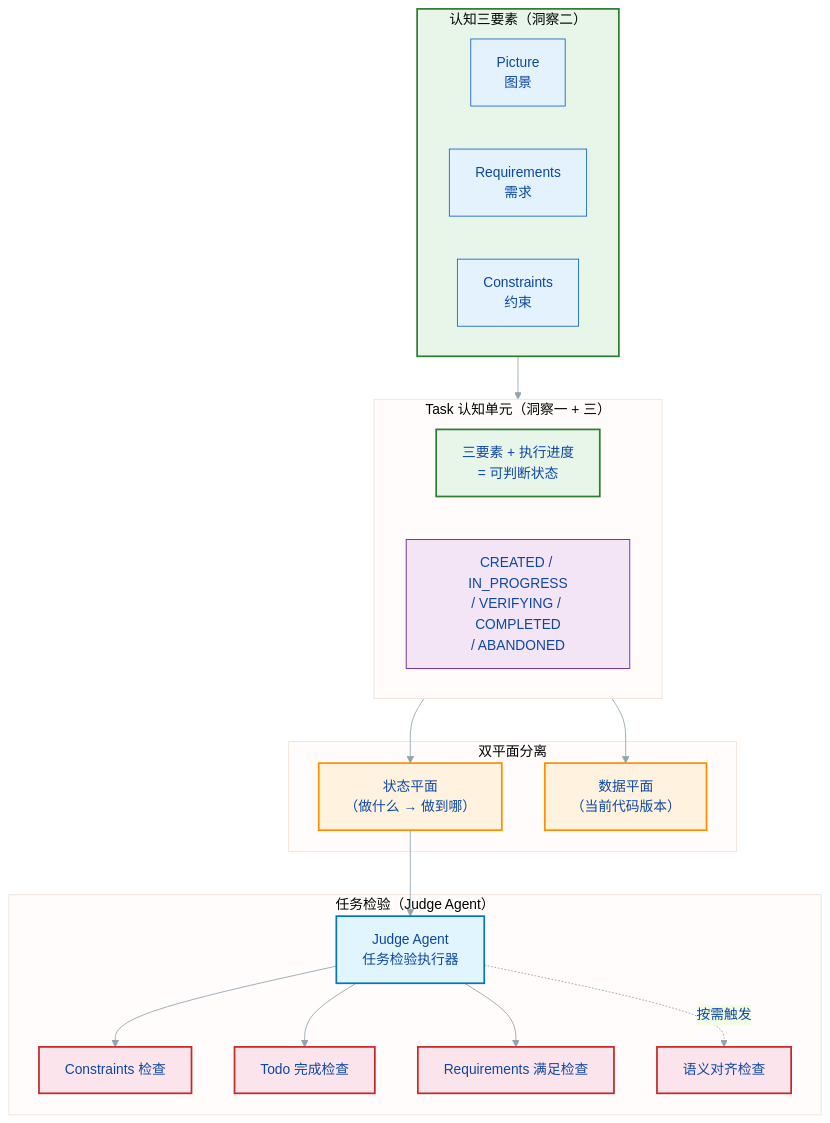
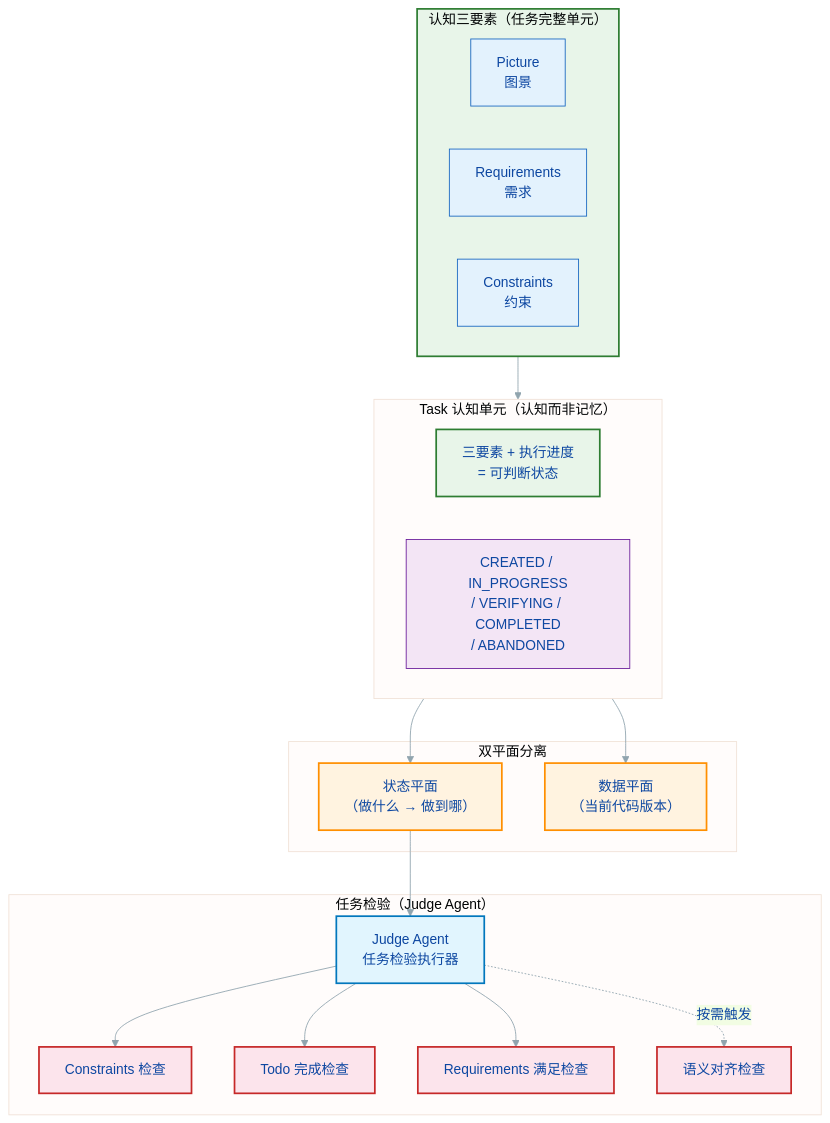
One commit to Lazyn0tBug/mem0ress changed the first of 7 diagrams in docs/spec.md. Above: the diagram before and after it, drawn with Mermaid. The commit also changed other lines of this file, not shown here.

Commit message:
docs(spec): revise Ch2 insights - 洞察一:上下文以目标为导向, 洞察二:任务是信息完整单元

````diff
--- a/docs/spec.md
+++ b/docs/spec.md
@@ -42,49 +42,49 @@
 ```mermaid
 %% label：核心解法总览
 %%{ init: { 'theme': 'base', 'themeVariables': { 'primaryColor': '#e3f2fd', 'primaryTextColor': '#0d47a1', 'primaryBorderColor': '#1565c0', 'lineColor': '#90a4ae', 'fontFamily': 'arial' } } }%%
 graph TB
-    subgraph PRC["认知三要素（洞察二）"]
+    subgraph PRC["认知三要素（任务完整单元）"]
         PIC["Picture\n图景"]
         REQ["Requirements\n需求"]
         CST["Constraints\n约束"]
     end
 
-    subgraph TASK["Task 认知单元（洞察一 + 三）"]
+    subgraph TASK["Task 认知单元（认知而非记忆）"]
         TR["三要素 + 执行进度\n= 可判断状态"]
         ST["CREATED / IN_PROGRESS\n/ VERIFYING / COMPLETED\n/ ABANDONED"]
     end
 
     subgraph DUAL["双平面分离"]
         SP["状态平面\n（做什么 → 做到哪）"]
         DP["数据平面\n（当前代码版本）"]
     end
 
     subgraph TIERS["任务检验（Judge Agent）"]
         J["Judge Agent\n任务检验执行器"]
         C["Constraints 检查"]
         T["Todo 完成检查"]
         R["Requirements 满足检查"]
         S["语义对齐检查"]
     end
 
     PRC --> TASK
     TASK --> SP
     TASK --> DP
     J --> C
     J --> T
     J --> R
     J -.->|按需触发| S
     SP --> J
 
     classDef prc fill:#e8f5e9,stroke:#2e7d32,stroke-width:2px;
     classDef task fill:#e3f2fd,stroke:#1565c0,stroke-width:2px;
     classDef plane fill:#fff3e0,stroke:#ff8f00,stroke-width:2px;
     classDef tier fill:#fce4ec,stroke:#c62828,stroke-width:2px;
     classDef judge fill:#e1f5fe,stroke:#0277bd,stroke-width:2px;
     classDef state fill:#f3e5f5,stroke:#6a1b9a,stroke-width:1px;
     class PRC,task,TR,ST prc;
     class SP,DP plane;
     class C,T,R,S tier;
     class J judge;
     class ST state;
 ```
````
